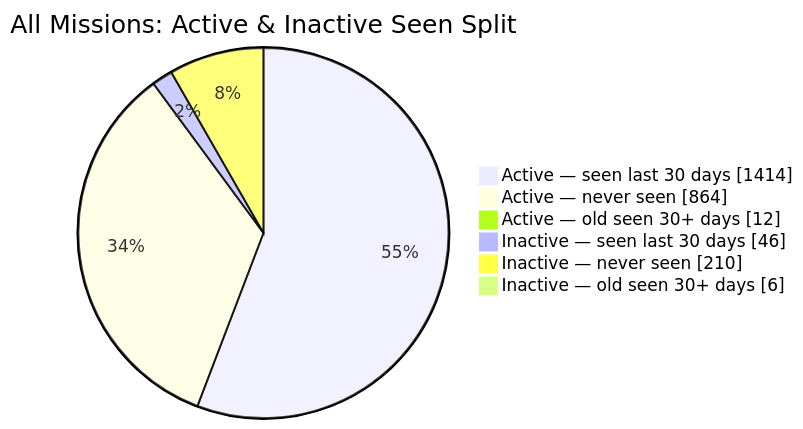
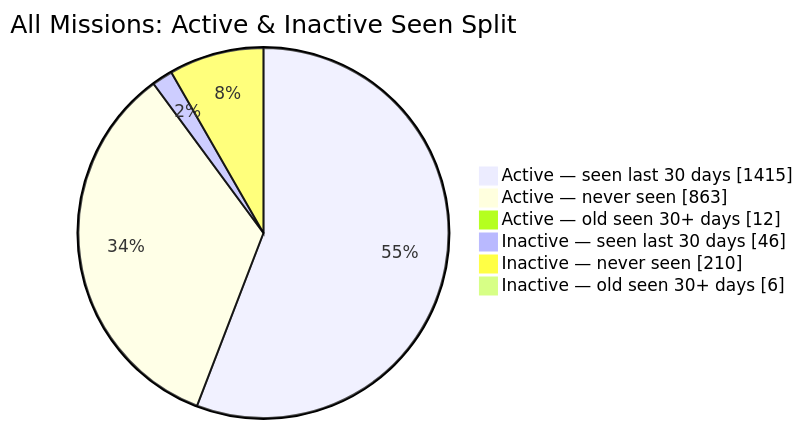
The second of 2 diagrams in README.md (MeldkamerspelGameTeam/active-missions), drawn with Mermaid before and after one commit. The commit also changed other lines of this file and 2 other files, not shown here.

````diff
--- a/README.md
+++ b/README.md
@@ -44,10 +44,10 @@
 ```mermaid
 pie showData
     title All Missions: Active & Inactive Seen Split
-    "Active — seen last 30 days" : 1414
-    "Active — never seen" : 864
+    "Active — seen last 30 days" : 1415
+    "Active — never seen" : 863
     "Active — old seen 30+ days" : 12
     "Inactive — seen last 30 days" : 46
     "Inactive — never seen" : 210
     "Inactive — old seen 30+ days" : 6
 ```
````
